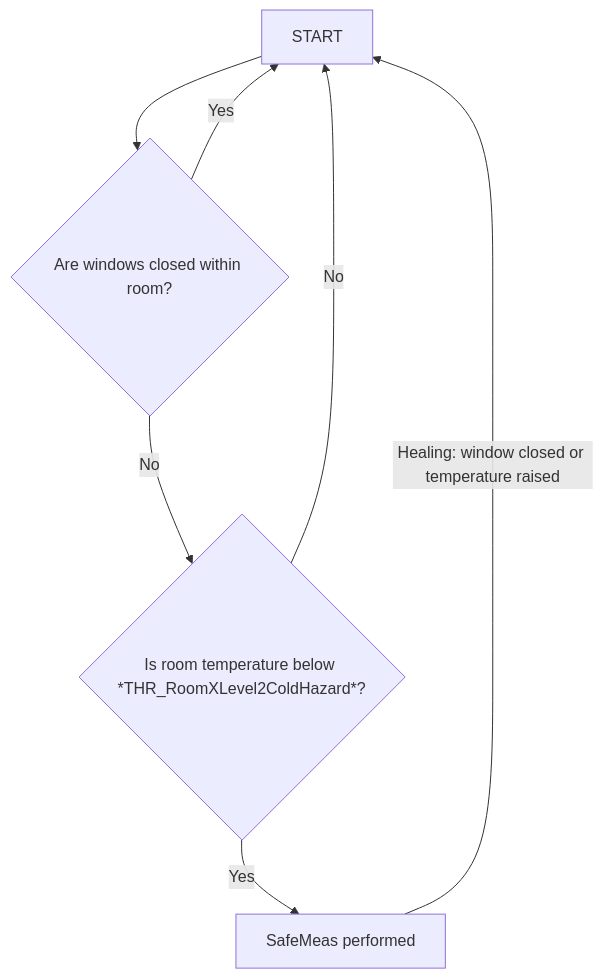
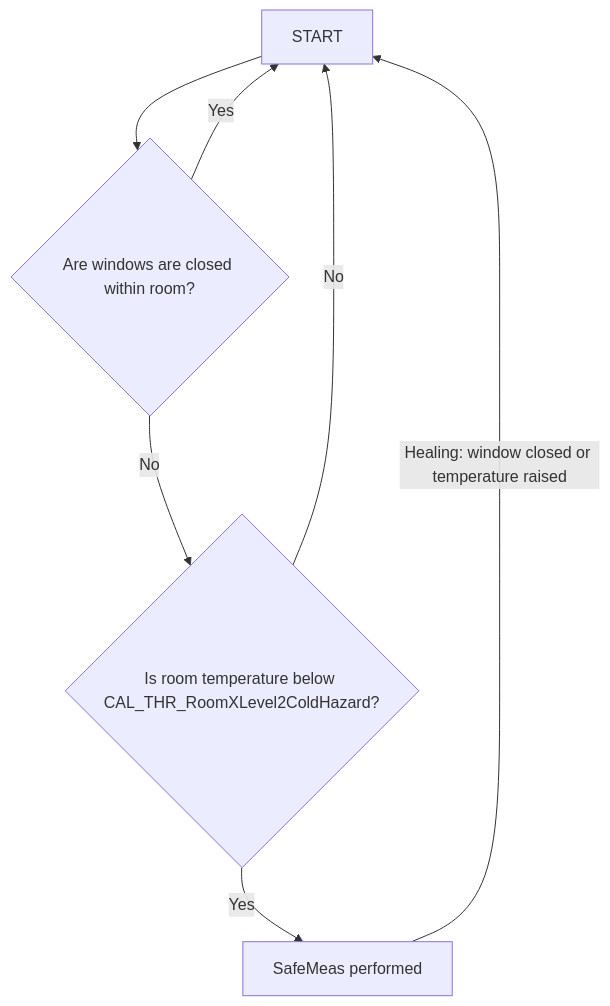
The sixth of 18 diagrams in SafetyConcept/SafetyConcept copy - SYS.md (Arkaqius/SafetyComponent), drawn with Mermaid before and after one commit. The commit also changed other lines of this file, not shown here.

````diff
--- a/SafetyConcept/SafetyConcept copy - SYS.md
+++ b/SafetyConcept/SafetyConcept copy - SYS.md
@@ -234,9 +245,9 @@
 ```mermaid
 flowchart TD
-    A[START] -->| | B{Are windows closed within room?}
+    A[START] -->| | B{Are windows are closed within room?}
     B -->|Yes| A
-    B -->|No| C{Is room temperature below *THR_RoomXLevel2ColdHazard*?}
+    B -->|No| C{Is room temperature below CAL_THR_RoomXLevel2ColdHazard?}
     C -->|No| A
     C-->|Yes| E[SafeMeas performed]
     E -->|Healing: window closed or temperature raised| A
 ```
````
